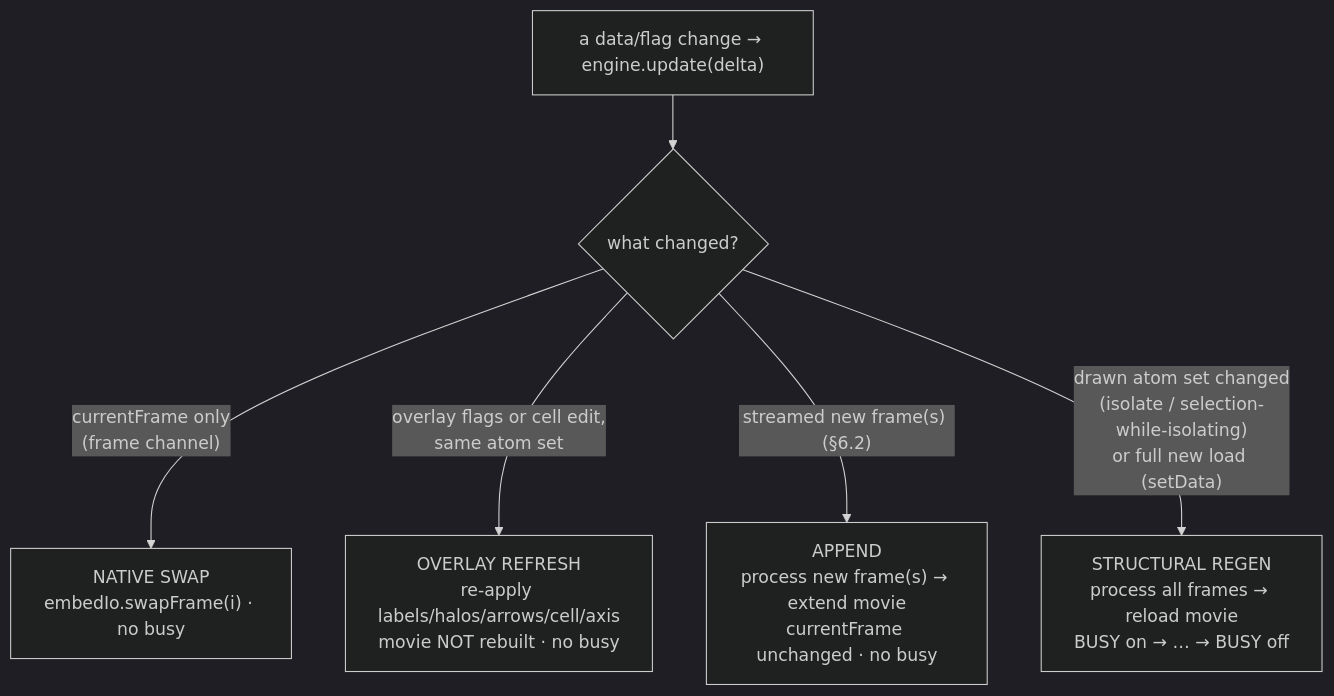
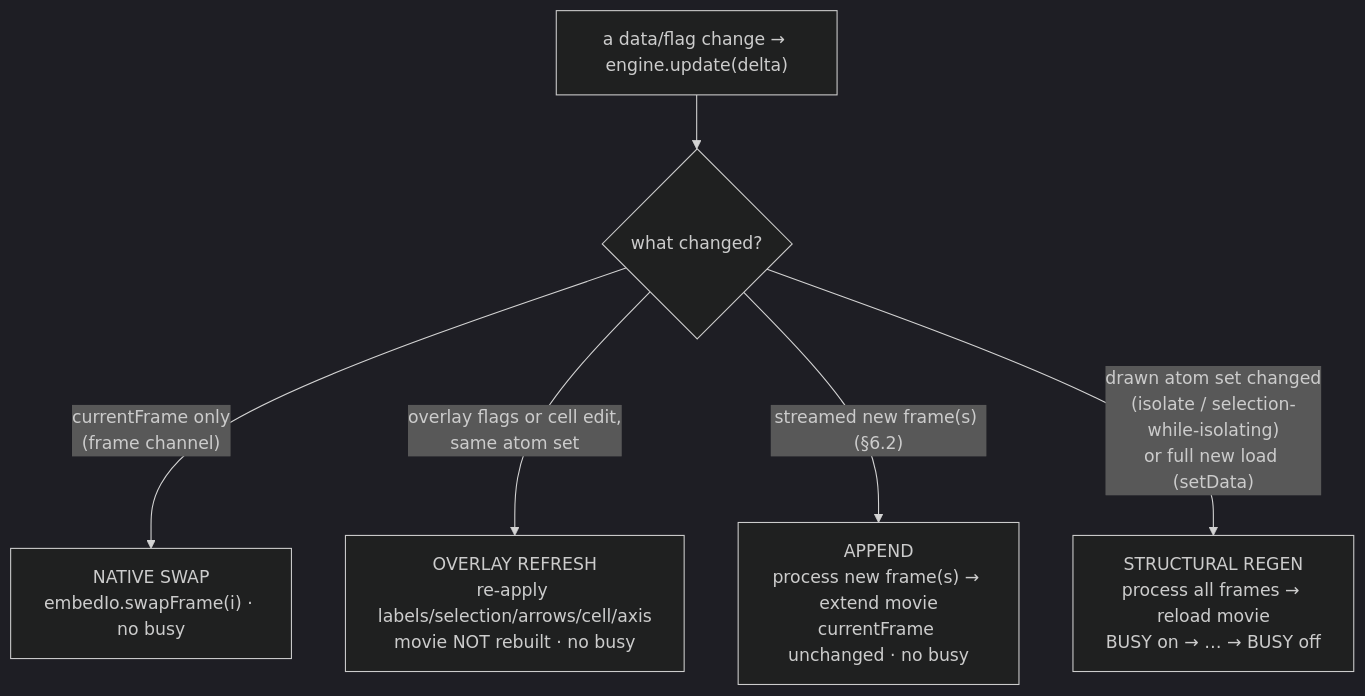
One commit to Qing-LAB/molbuilder changed the second of 4 diagrams in docs/protocols/molview-render-streamline.md. Above: the diagram before and after it, drawn with Mermaid (dark theme). The commit also changed other lines of this file and 14 other files, not shown here.

````diff
--- a/docs/protocols/molview-render-streamline.md
+++ b/docs/protocols/molview-render-streamline.md
@@ -376,8 +372,8 @@
 ```mermaid
 flowchart TD
     CH["a data/flag change → engine.update(delta)"] --> Q{"what changed?"}
     Q -->|"currentFrame only<br/>(frame channel)"| SWAP["NATIVE SWAP<br/>embedIo.swapFrame(i) · no busy"]
-    Q -->|"overlay flags or cell edit,<br/>same atom set"| OVR["OVERLAY REFRESH<br/>re-apply labels/halos/arrows/cell/axis<br/>movie NOT rebuilt · no busy"]
+    Q -->|"overlay flags or cell edit,<br/>same atom set"| OVR["OVERLAY REFRESH<br/>re-apply labels/selection/arrows/cell/axis<br/>movie NOT rebuilt · no busy"]
     Q -->|"streamed new frame(s) (§6.2)"| APP["APPEND<br/>process new frame(s) → extend movie<br/>currentFrame unchanged · no busy"]
     Q -->|"drawn atom set changed<br/>(isolate / selection-while-isolating)<br/>or full new load (setData)"| REGEN["STRUCTURAL REGEN<br/>process all frames → reload movie<br/>BUSY on → … → BUSY off"]
 ```
````
